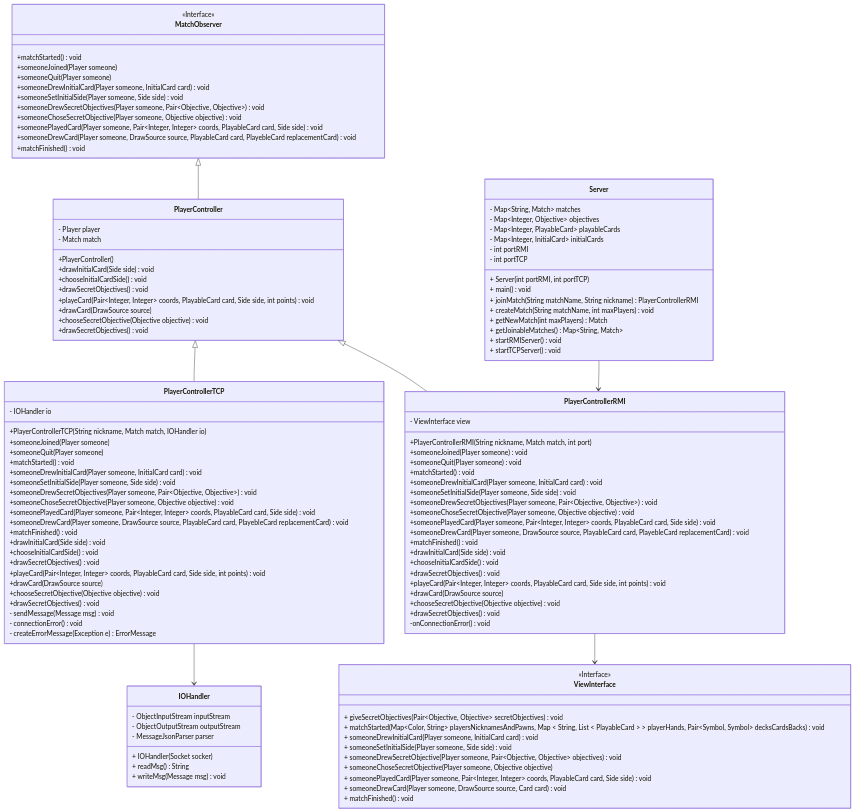
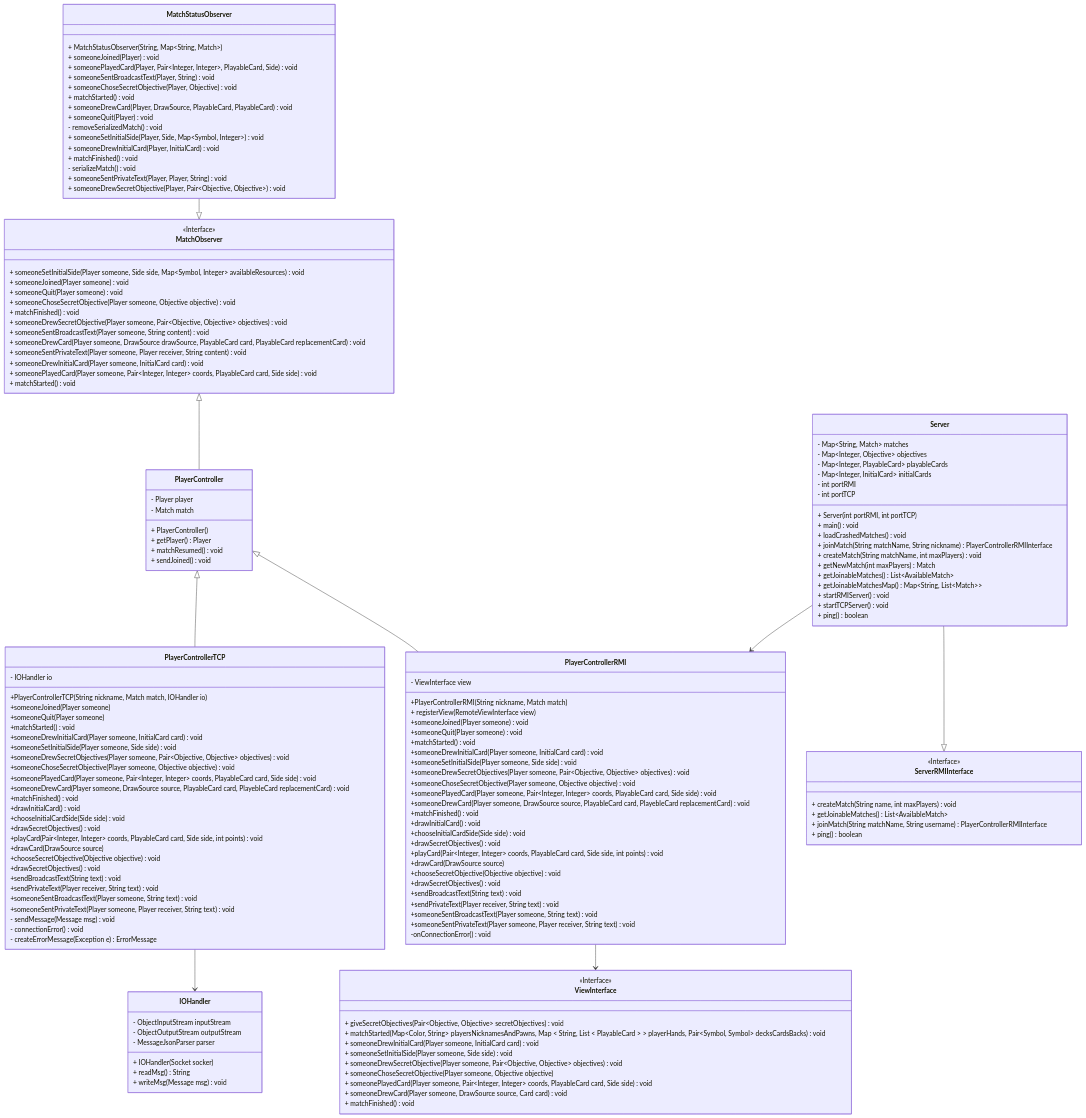
One commit to grecodavide/IS24-AM08 changed the diagram in deliveries/UML/server_diagram.mmd. Above: the diagram before and after it, drawn with Mermaid. The commit also changed 1 other file, not shown here.

Commit message:
Update server diagrams

```diff
--- a/deliveries/UML/server_diagram.mmd
+++ b/deliveries/UML/server_diagram.mmd
@@ -1,121 +1,160 @@
 classDiagram
     MatchObserver <|-- PlayerController
     PlayerController <|-- PlayerControllerTCP
     PlayerController <|-- PlayerControllerRMI
     Server --> PlayerControllerRMI
     PlayerControllerTCP --> IOHandler
     PlayerControllerRMI --> ViewInterface
-    
+    Server --|> ServerRMIInterface
+    MatchStatusObserver --|> MatchObserver
     class MatchObserver{
         <<Interface>>
-      +matchStarted() void
-      +someoneJoined(Player someone)
-      +someoneQuit(Player someone)
-      +someoneDrewInitialCard(Player someone, InitialCard card) void
-      +someoneSetInitialSide(Player someone, Side side) void
-      +someoneDrewSecretObjectives(Player someone, Pair~Objective, Objective~) void
-      +someoneChoseSecretObjective(Player someone, Objective objective) void
-      +someonePlayedCard(Player someone, Pair~Integer, Integer~ coords, PlayableCard card, Side side) void
-      +someoneDrewCard(Player someone, DrawSource source, PlayableCard card, PlayebleCard replacementCard) void
-      +matchFinished() void
-    }
-    
+        + someoneSetInitialSide(Player someone, Side side, Map~Symbol, Integer~ availableResources) void
+        + someoneJoined(Player someone) void
+        + someoneQuit(Player someone) void
+        + someoneChoseSecretObjective(Player someone, Objective objective) void
+        + matchFinished() void
+        + someoneDrewSecretObjective(Player someone, Pair~Objective, Objective~ objectives) void
+        + someoneSentBroadcastText(Player someone, String content) void
+        + someoneDrewCard(Player someone, DrawSource drawSource, PlayableCard card, PlayableCard replacementCard) void
+        + someoneSentPrivateText(Player someone, Player receiver, String content) void
+        + someoneDrewInitialCard(Player someone, InitialCard card) void
+        + someonePlayedCard(Player someone, Pair~Integer, Integer~ coords, PlayableCard card, Side side) void
+        + matchStarted() void
+    } 
+
+  
     class PlayerController{
       - Player player
       - Match match
-      +PlayerController()
-      +drawInitialCard(Side side) void
-      +chooseInitialCardSide() void
-      +drawSecretObjectives() void
-      +playeCard(Pair~Integer, Integer~ coords, PlayableCard card, Side side, int points) void
-      +drawCard(DrawSource source)
-      +chooseSecretObjective(Objective objective) void 
-      +drawSecretObjectives() void
+      + PlayerController()
+      + getPlayer() Player
+      + matchResumed() void
+      + sendJoined() void  
     }
     
     class PlayerControllerTCP{
       - IOHandler io
       +PlayerControllerTCP(String nickname, Match match, IOHandler io)
       +someoneJoined(Player someone)
       +someoneQuit(Player someone) 
       +matchStarted() void
       +someoneDrewInitialCard(Player someone, InitialCard card) void
       +someoneSetInitialSide(Player someone, Side side) void
-      +someoneDrewSecretObjectives(Player someone, Pair~Objective, Objective~) void
+      +someoneDrewSecretObjectives(Player someone, Pair~Objective, Objective~ objectives) void
       +someoneChoseSecretObjective(Player someone, Objective objective) void
       +someonePlayedCard(Player someone, Pair~Integer, Integer~ coords, PlayableCard card, Side side) void
       +someoneDrewCard(Player someone, DrawSource source, PlayableCard card, PlayebleCard replacementCard) void
       +matchFinished() void
-      +drawInitialCard(Side side) void
-      +chooseInitialCardSide() void
+      +drawInitialCard() void
+      +chooseInitialCardSide(Side side) void
       +drawSecretObjectives() void
-      +playeCard(Pair~Integer, Integer~ coords, PlayableCard card, Side side, int points) void
+      +playCard(Pair~Integer, Integer~ coords, PlayableCard card, Side side, int points) void
       +drawCard(DrawSource source)
       +chooseSecretObjective(Objective objective) void 
       +drawSecretObjectives() void
+      +sendBroadcastText(String text) void
+      +sendPrivateText(Player receiver, String text) void
+      +someoneSentBroadcastText(Player someone, String text) void
+      +someoneSentPrivateText(Player someone, Player receiver, String text) void
+
       - sendMessage(Message msg) void
       - connectionError() void
       - createErrorMessage(Exception e) ErrorMessage
     }
     
     class PlayerControllerRMI {
       - ViewInterface view
-      +PlayerControllerRMI(String nickname, Match match, int port)
+      +PlayerControllerRMI(String nickname, Match match)
+      + registerView(RemoteViewInterface view)
       +someoneJoined(Player someone) void
       +someoneQuit(Player someone) void
       +matchStarted() void
       +someoneDrewInitialCard(Player someone, InitialCard card) void
       +someoneSetInitialSide(Player someone, Side side) void
-      +someoneDrewSecretObjectives(Player someone, Pair~Objective, Objective~) void
+      +someoneDrewSecretObjectives(Player someone, Pair~Objective, Objective~ objectives) void
       +someoneChoseSecretObjective(Player someone, Objective objective) void
       +someonePlayedCard(Player someone, Pair~Integer, Integer~ coords, PlayableCard card, Side side) void
       +someoneDrewCard(Player someone, DrawSource source, PlayableCard card, PlayebleCard replacementCard) void
       +matchFinished() void
-      +drawInitialCard(Side side) void
-      +chooseInitialCardSide() void
+      +drawInitialCard() void
+      +chooseInitialCardSide(Side side) void
       +drawSecretObjectives() void
-      +playeCard(Pair~Integer, Integer~ coords, PlayableCard card, Side side, int points) void
+      +playCard(Pair~Integer, Integer~ coords, PlayableCard card, Side side, int points) void
       +drawCard(DrawSource source)
       +chooseSecretObjective(Objective objective) void 
       +drawSecretObjectives() void
+      +sendBroadcastText(String text) void
+      +sendPrivateText(Player receiver, String text) void
+      +someoneSentBroadcastText(Player someone, String text) void
+      +someoneSentPrivateText(Player someone, Player receiver, String text) void
       -onConnectionError() void
+    }
+
+    class ServerRMIInterface {
+      <<Interface>>
+      + createMatch(String name, int maxPlayers) void
+      + getJoinableMatches() List~AvailableMatch~
+      + joinMatch(String matchName, String username) PlayerControllerRMIInterface
+      + ping() boolean
     }
     
     class Server {
         - Map~String, Match~ matches
         - Map~Integer, Objective~  objectives
         - Map~Integer, PlayableCard~ playableCards
         - Map~Integer, InitialCard~ initialCards
         - int portRMI
         - int portTCP
         + Server(int portRMI, int portTCP)
         + main() void
-        + joinMatch(String matchName, String nickname) PlayerControllerRMI
+        + loadCrashedMatches() void
+        + joinMatch(String matchName, String nickname) PlayerControllerRMIInterface
         + createMatch(String matchName, int maxPlayers) void
         + getNewMatch(int maxPlayers) Match
-        + getJoinableMatches() Map~String, Match~
+        + getJoinableMatches() List~AvailableMatch~
+        + getJoinableMatchesMap() Map~String, List&ltMatch&gt~
         + startRMIServer() void
         + startTCPServer() void
+        + ping() boolean
     }
     
     class IOHandler {
         - ObjectInputStream inputStream 
         - ObjectOutputStream outputStream
         - MessageJsonParser parser
         + IOHandler(Socket socker)
         + readMsg() String
         + writeMsg(Message msg) void
     }
     
     class ViewInterface {
       <<Interface>>
       + giveSecretObjectives(Pair~Objective, Objective~ secretObjectives) void
       + matchStarted(Map~Color, String~ playersNicknamesAndPawns, Map &lt String, List &lt PlayableCard &gt &gt playerHands, Pair~Objective, Objective~ visibleObjectives, Map~DrawSource, PlayableCard~ visiblePlayableCards, Pair~Symbol, Symbol~ decksCardsBacks) void
       + someoneDrewInitialCard(Player someone, InitialCard card) void
       + someoneSetInitialSide(Player someone, Side side) void
       + someoneDrewSecretObjective(Player someone, Pair~Objective, Objective~ objectives) void
       + someoneChoseSecretObjective(Player someone, Objective objective)
       + someonePlayedCard(Player someone, Pair~Integer, Integer~ coords, PlayableCard card, Side side) void
       + someoneDrewCard(Player someone, DrawSource source, Card card) void
       + matchFinished() void
     }
+
+class MatchStatusObserver {
+  + MatchStatusObserver(String, Map~String, Match~) 
+  + someoneJoined(Player) void
+  + someonePlayedCard(Player, Pair~Integer, Integer~, PlayableCard, Side) void
+  + someoneSentBroadcastText(Player, String) void
+  + someoneChoseSecretObjective(Player, Objective) void
+  + matchStarted() void
+  + someoneDrewCard(Player, DrawSource, PlayableCard, PlayableCard) void
+  + someoneQuit(Player) void
+  - removeSerializedMatch() void
+  + someoneSetInitialSide(Player, Side, Map~Symbol, Integer~) void
+  + someoneDrewInitialCard(Player, InitialCard) void
+  + matchFinished() void
+  - serializeMatch() void
+  + someoneSentPrivateText(Player, Player, String) void
+  + someoneDrewSecretObjective(Player, Pair~Objective, Objective~) void
+}
```
